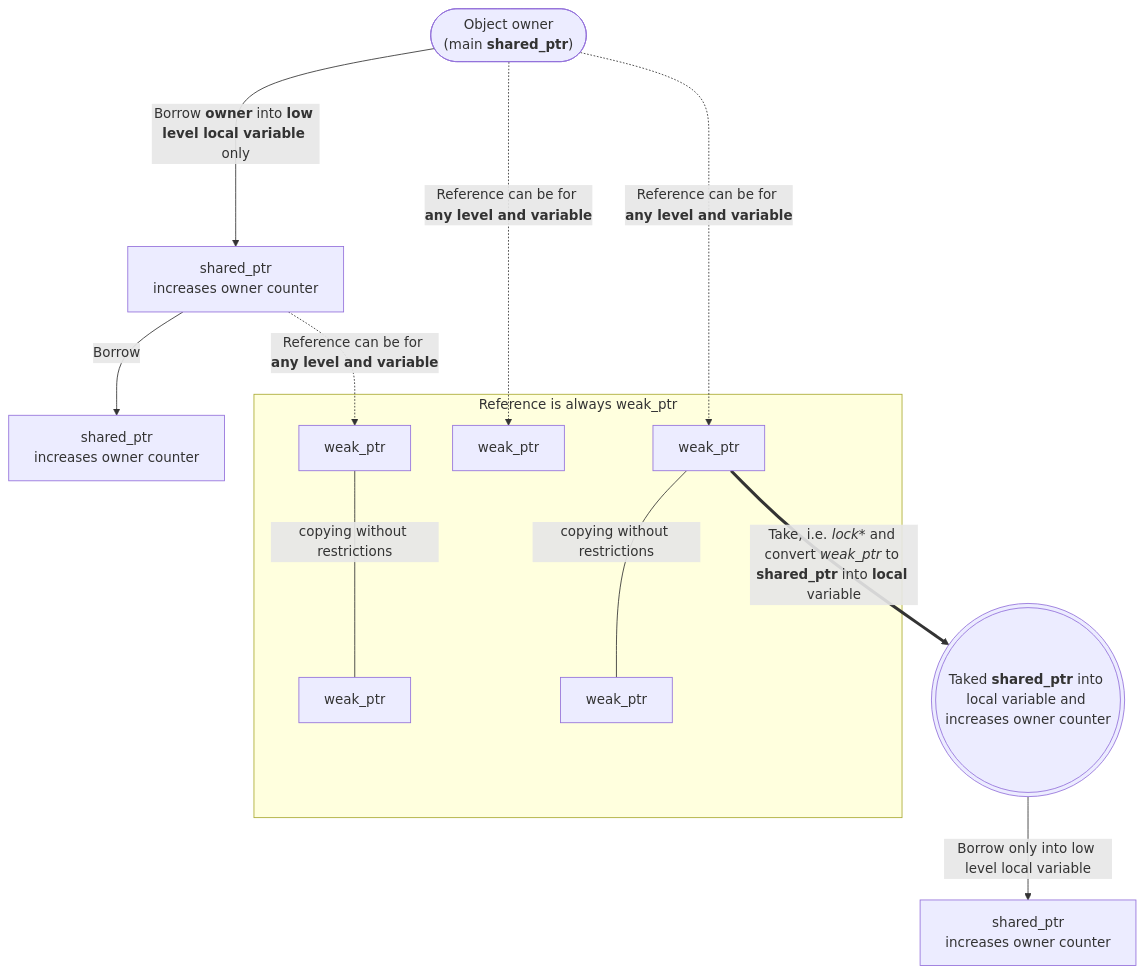
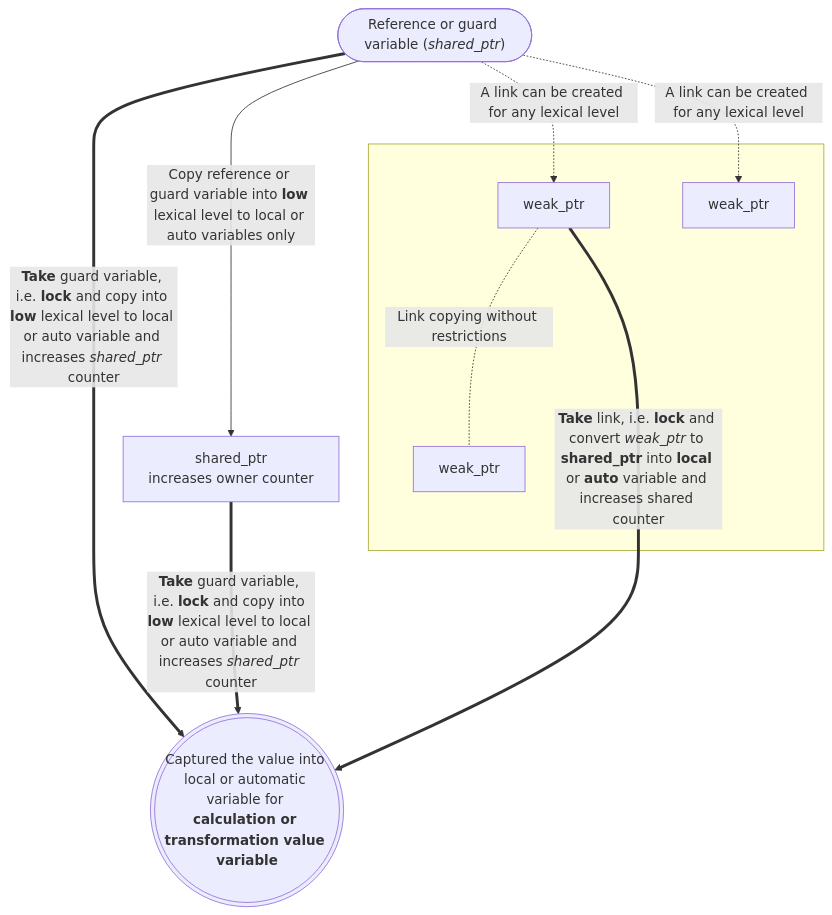
Before and after one commit to rsashka/newlang: the diagram in site/content/ru/docs/syntax/memory.md, drawn with Mermaid. The commit also changed other lines of this file and 146 other files, not shown here.

````diff
--- a/site/content/ru/docs/syntax/memory.md
+++ b/site/content/ru/docs/syntax/memory.md
@@ -38,35 +71,27 @@
 ```mermaid
 flowchart TB
 
-    owner(["`
-            Object owner
-                (main **shared_ptr**)
-        `"])--->|"`Borrow **owner** into **low level local variable** only`"|borrow2[shared_ptr
-            increases owner counter
-        ]
-    borrow2-- Borrow -->borrow3[shared_ptr
+    shared(["`
+            Reference or guard variable (*shared_ptr*)
+        `"])--->|"`Copy reference or guard variable into **low** lexical level to local or auto variables only`"|local[shared_ptr
             increases owner counter
         ]
     
-    owner-.->|"`Reference can be for **any level and variable**`"|ref[weak_ptr]
-    owner-.->|"`Reference can be for **any level and variable**`"|ref1[weak_ptr]
-    borrow2-.->|"`Reference can be for **any level and variable**`"|ref2[weak_ptr]
+    shared-.->|"`A link can be created for any lexical level`"|ref1[weak_ptr]
+    shared==>|"`**Take** guard variable, i.e. **lock** and copy into **low** lexical level to local or auto variable and increases *shared_ptr* counter`"|take1[weak_ptr]
+    shared-.->|"`A link can be created for any lexical level`"|ref[weak_ptr]
+    local==>|"`**Take** guard variable, i.e. **lock** and copy into **low** lexical level to local or auto variable and increases *shared_ptr* counter`"|take1[weak_ptr]
 
 
-    subgraph reference["Reference is always weak_ptr"]
+    subgraph reference[" "]
+        ref1-.-|Link copying without restrictions|ref3[weak_ptr]
         ref[weak_ptr]
-        ref1---|copying without restrictions|ref3[weak_ptr]
-        ref2---|copying without restrictions|ref4[weak_ptr]
     end
 
-    ref1==>|"`Take, i.e. *lock** and convert *weak_ptr* to **shared_ptr** into **local** variable`"|take1((("`
-        Taked **shared_ptr** into local variable and increases owner counter
+    ref1==>|"`**Take** link, i.e. **lock** and convert *weak_ptr* to **shared_ptr** into **local** or **auto** variable and increases shared counter`"|take1((("`
+        Captured the value into local or automatic variable for **calculation or transformation value variable**
         `")))
-
-    take1-- Borrow only into low level local variable -->borrow4[shared_ptr
-            increases owner counter
-        ]
 
     click take1 "#take"
 
 ```
````
